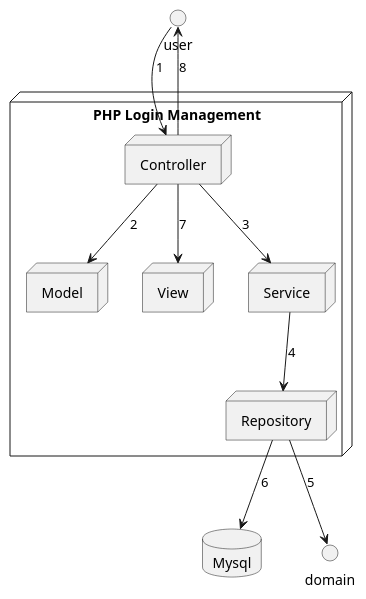
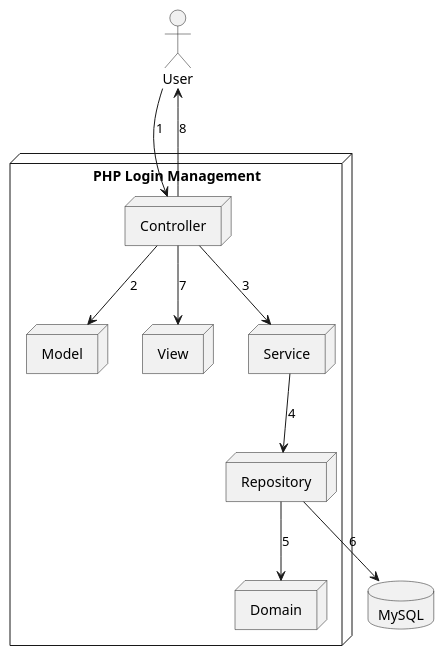
One commit to Rileey07/PBD-LoginManagement4 changed the diagram in architecture.puml. Above: the diagram before and after it, drawn with PlantUML. The commit also changed other lines of this file and 44 other files, not shown here.

```diff
--- a/architecture.puml
+++ b/architecture.puml
@@ -1,24 +1,26 @@
-       @startuml
+     @startuml
 
-       node "PHP Login Management" {
+     actor "User" as user
+
+     node "PHP Login Management" {
         node "Model" as model
+        node "Domain" as domain
         node "Controller" as controller
         node "View" as view
         node "Service" as service
-        node "Repository" as repository 
+        node "Repository" as repository
+     }
 
-       }
+     database "MySQL" as mysql
 
-       database "Mysql" as mysql
-
-       user --> controller : 1
-       controller --> model : 2
-       controller --> service : 3
-       service --> repository : 4
-       repository --> domain : 5
-       repository--> mysql : 6
-       controller --> view : 7
-       controller --> user : 8
+     user --> controller : 1
+     controller --> model : 2
+     controller --> service : 3
+     service --> repository : 4
+     repository --> domain : 5
+     repository --> mysql : 6
+     controller --> view : 7
+     controller --> user : 8
 
 
-       @enduml
+     @enduml
```
